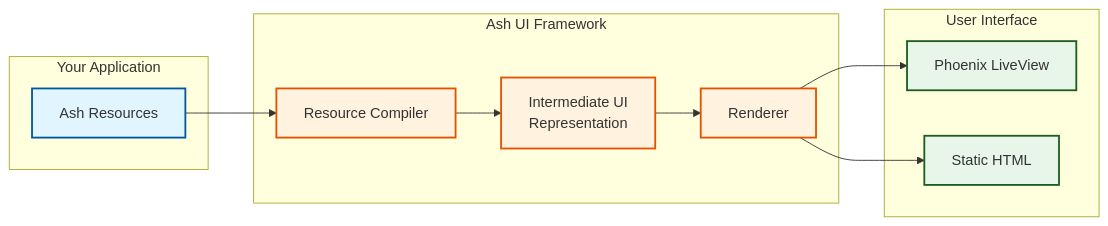
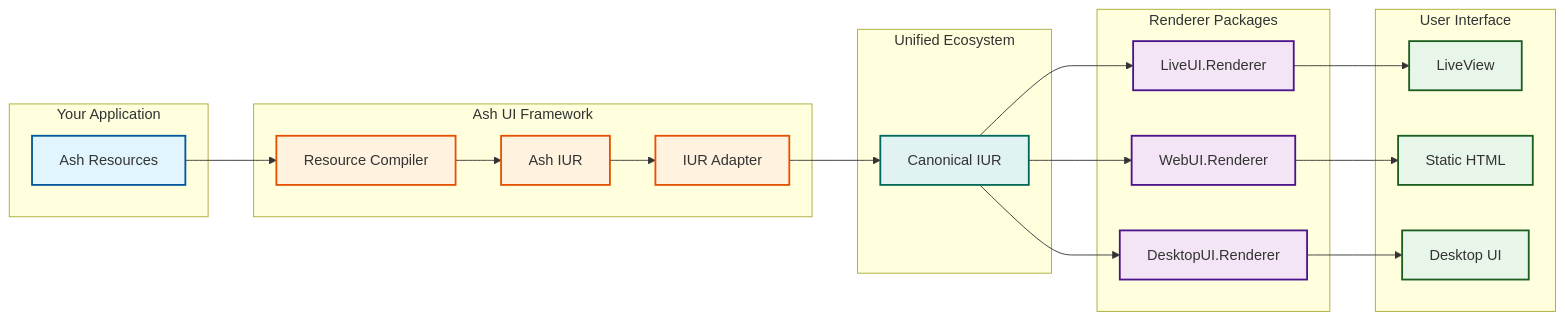
The diagram in guides/user/UG-0001-getting-started.md (pcharbon70/ash_ui), drawn with Mermaid before and after one commit. The commit also changed other lines of this file and 9 other files, not shown here.

First line of the commit message:
Update Ash UI specs to integrate with unified-ui ecosystem

````diff
--- a/guides/user/UG-0001-getting-started.md
+++ b/guides/user/UG-0001-getting-started.md
@@ -32,31 +33,51 @@
 ```mermaid
 flowchart LR
     subgraph Input["Your Application"]
         Resource["Ash Resources"]
     end
 
     subgraph AshUI["Ash UI Framework"]
         Compiler["Resource Compiler"]
-        IUR["Intermediate UI\nRepresentation"]
-        Renderer["Renderer"]
+        IUR["Ash IUR"]
+        Adapter["IUR Adapter"]
+    end
+
+    subgraph Unified["Unified Ecosystem"]
+        Canonical["Canonical IUR"]
+    end
+
+    subgraph Renderers["Renderer Packages"]
+        Live["LiveUI.Renderer"]
+        Web["WebUI.Renderer"]
+        Desktop["DesktopUI.Renderer"]
     end
 
     subgraph Output["User Interface"]
-        Live["Phoenix LiveView"]
-        Static["Static HTML"]
+        LV["LiveView"]
+        HTML["Static HTML"]
+        Native["Desktop UI"]
     end
 
     Resource --> Compiler
     Compiler --> IUR
-    IUR --> Renderer
-    Renderer --> Live
-    Renderer --> Static
+    IUR --> Adapter
+    Adapter --> Canonical
+    Canonical --> Live
+    Canonical --> Web
+    Canonical --> Desktop
+    Live --> LV
+    Web --> HTML
+    Desktop --> Native
 
     classDef input fill:#e1f5fe,stroke:#01579b,stroke-width:2px
     classDef aui fill:#fff3e0,stroke:#e65100,stroke-width:2px
+    classDef unified fill:#e0f2f1,stroke:#00695c,stroke-width:2px
+    classDef renderer fill:#f3e5f5,stroke:#4a148c,stroke-width:2px
     classDef output fill:#e8f5e9,stroke:#1b5e20,stroke-width:2px
 
     class Resource input
-    class Compiler,IUR,Renderer aui
-    class Live,Static output
+    class Compiler,IUR,Adapter aui
+    class Canonical unified
+    class Live,Web,Desktop renderer
+    class LV,HTML,Native output
 ```
````
